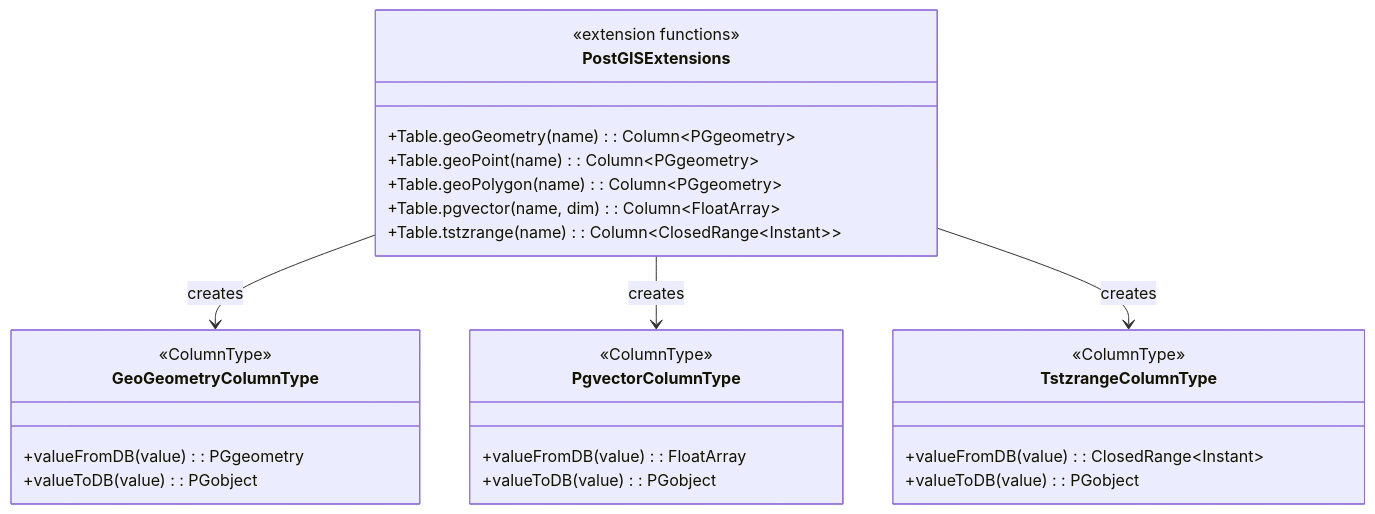
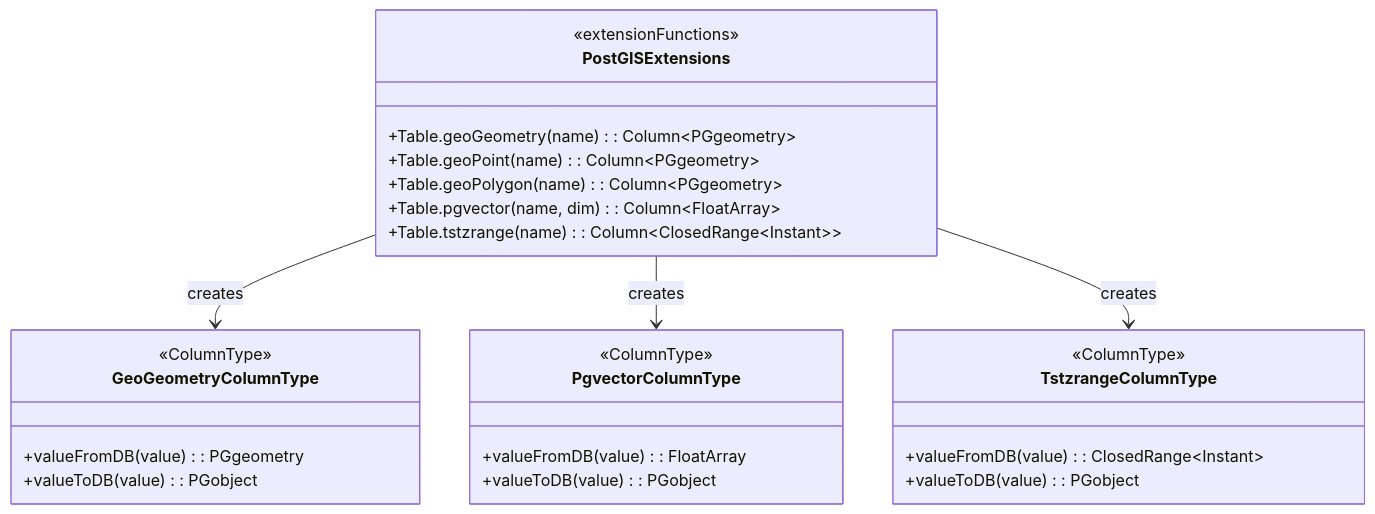
The second of 2 diagrams in data/exposed-postgresql/README.md (bluetape4k/bluetape4k-projects), drawn with Mermaid before and after one commit. The commit also changed other lines of this file and 95 other files, not shown here.

First line of the commit message:
docs: Mermaid 파서 오류 전체 수정 (IntelliJ IDEA 호환)

````diff
--- a/data/exposed-postgresql/README.md
+++ b/data/exposed-postgresql/README.md
@@ -27,37 +27,31 @@
 ```mermaid
 classDiagram
     direction TB
     class GeoGeometryColumnType {
         <<ColumnType>>
         +valueFromDB(value): PGgeometry
         +valueToDB(value): PGobject
     }
     class PgvectorColumnType {
         <<ColumnType>>
         +valueFromDB(value): FloatArray
         +valueToDB(value): PGobject
     }
     class TstzrangeColumnType {
         <<ColumnType>>
         +valueFromDB(value): ClosedRange~Instant~
         +valueToDB(value): PGobject
     }
     class PostGISExtensions {
-        <<extension functions>>
+        <<extensionFunctions>>
         +Table.geoGeometry(name): Column~PGgeometry~
         +Table.geoPoint(name): Column~PGgeometry~
         +Table.geoPolygon(name): Column~PGgeometry~
         +Table.pgvector(name, dim): Column~FloatArray~
         +Table.tstzrange(name): Column~ClosedRange~Instant~~
     }
     PostGISExtensions --> GeoGeometryColumnType : creates
     PostGISExtensions --> PgvectorColumnType : creates
     PostGISExtensions --> TstzrangeColumnType : creates
 
-    classDef tableStyle fill:#9C27B0
-    classDef serviceStyle fill:#4CAF50
-    class GeoGeometryColumnType:::tableStyle
-    class PgvectorColumnType:::tableStyle
-    class TstzrangeColumnType:::tableStyle
-    class PostGISExtensions:::serviceStyle
 ```
````
